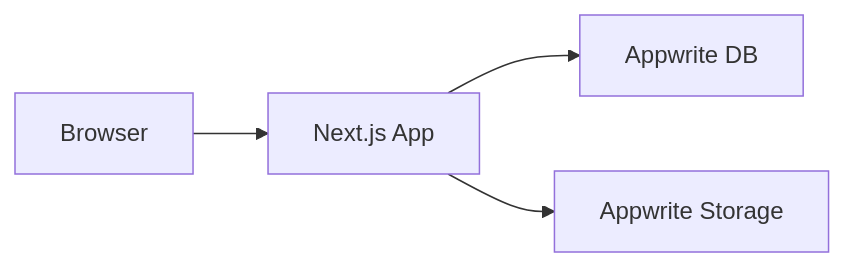
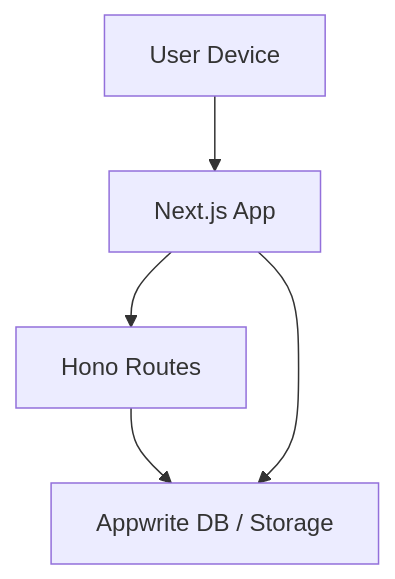
The ninth of 9 diagrams in README.md (ritiku2004/Zira-Project-details), drawn with Mermaid before and after one commit. The commit also changed other lines of this file and 9 other files, not shown here.

````diff
--- a/README.md
+++ b/README.md
@@ -223,6 +289,7 @@
 ```mermaid
-flowchart LR
-  Browser --> NextApp["Next.js App"]
-  NextApp --> AppwriteDB["Appwrite DB"]
-  NextApp --> AppwriteStorage["Appwrite Storage"]
+flowchart TB
+  UserDevice["User Device"] --> NextApp["Next.js App"]
+  NextApp --> Hono["Hono Routes"]
+  Hono --> Appwrite["Appwrite DB / Storage"]
+  NextApp --> Appwrite
 ```
````
